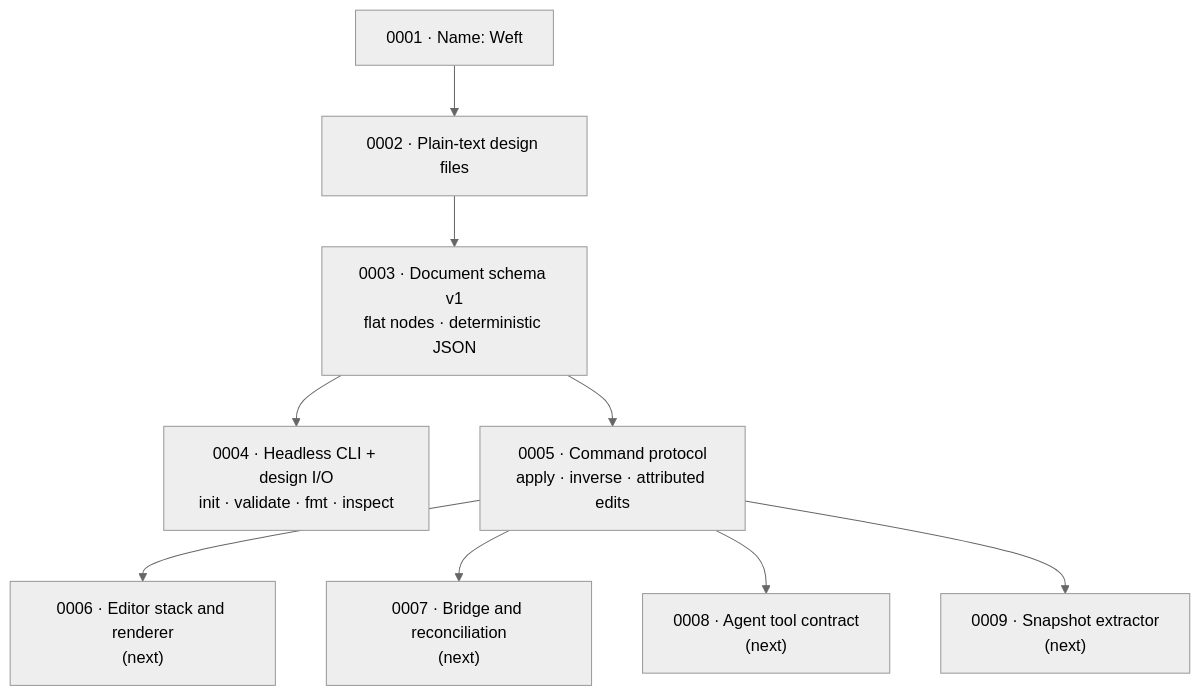
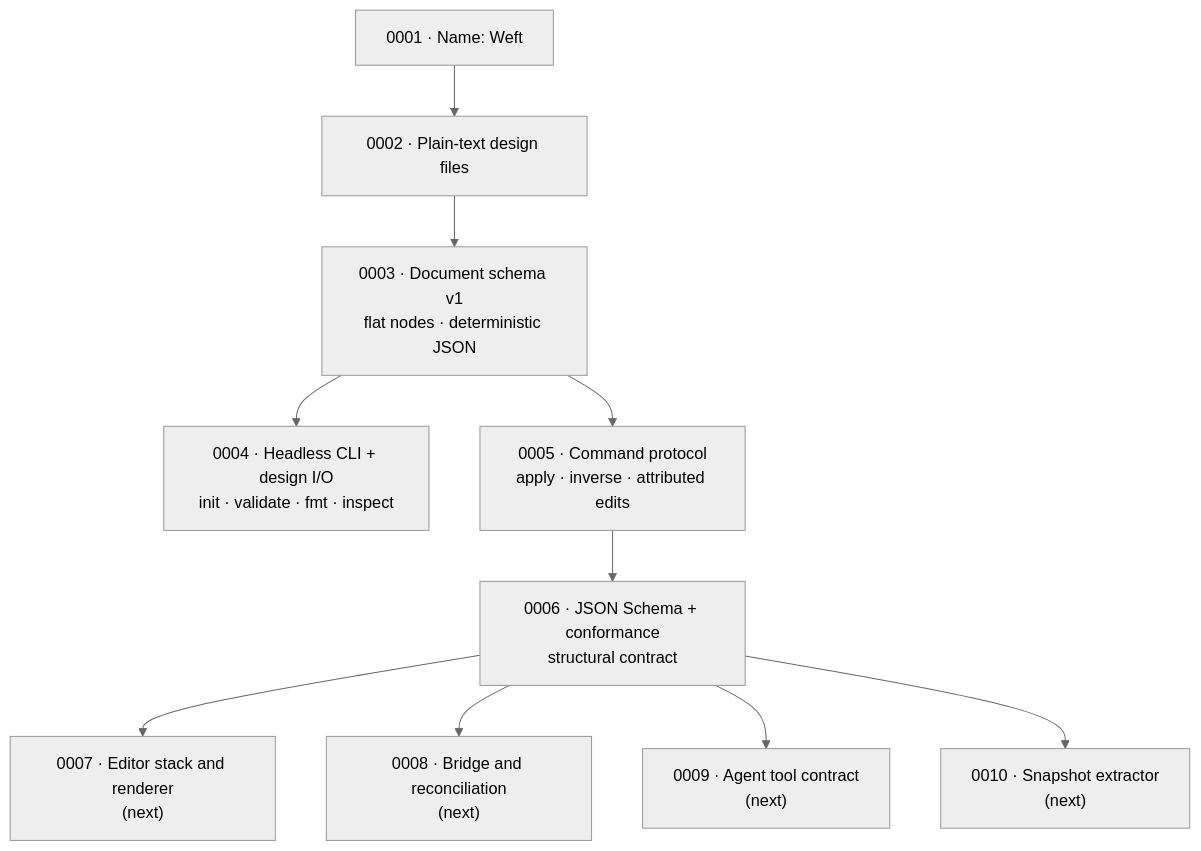
One commit to Pranesh-Selvaraj/Weft changed the diagram in docs/decisions/README.md. Above: the diagram before and after it, drawn with Mermaid (neutral theme). The commit also changed other lines of this file and 31 other files, not shown here.

First line of the commit message:
Publish the structural JSON Schema and conformance fixtures

````diff
--- a/docs/decisions/README.md
+++ b/docs/decisions/README.md
@@ -28,11 +29,12 @@
 ```mermaid
 graph TD
     A["0001 · Name: Weft"] --> B["0002 · Plain-text design files"]
     B --> C["0003 · Document schema v1<br/>flat nodes · deterministic JSON"]
     C --> D["0004 · Headless CLI + design I/O<br/>init · validate · fmt · inspect"]
     C --> E["0005 · Command protocol<br/>apply · inverse · attributed edits"]
-    E --> F["0006 · Editor stack and renderer<br/>(next)"]
-    E --> G["0007 · Bridge and reconciliation<br/>(next)"]
-    E --> H["0008 · Agent tool contract<br/>(next)"]
-    E --> I["0009 · Snapshot extractor<br/>(next)"]
+    E --> F["0006 · JSON Schema + conformance<br/>structural contract"]
+    F --> G["0007 · Editor stack and renderer<br/>(next)"]
+    F --> H["0008 · Bridge and reconciliation<br/>(next)"]
+    F --> I["0009 · Agent tool contract<br/>(next)"]
+    F --> J["0010 · Snapshot extractor<br/>(next)"]
 ```
````
